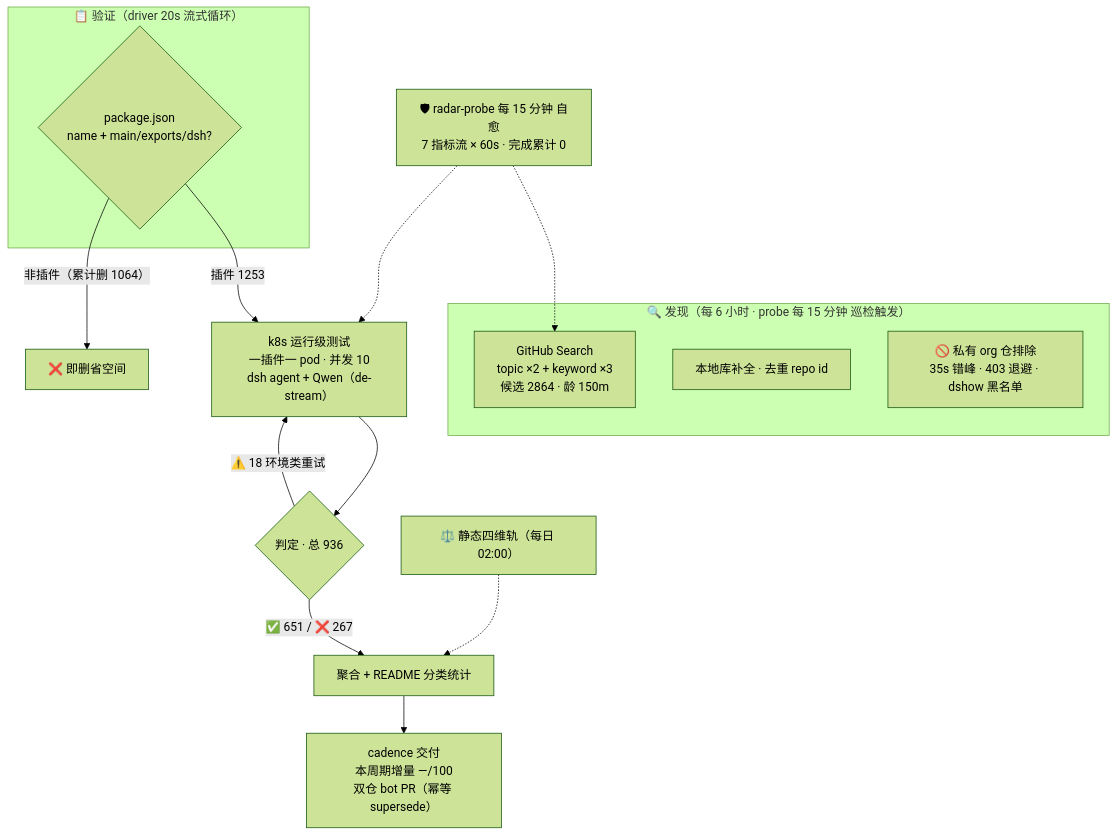
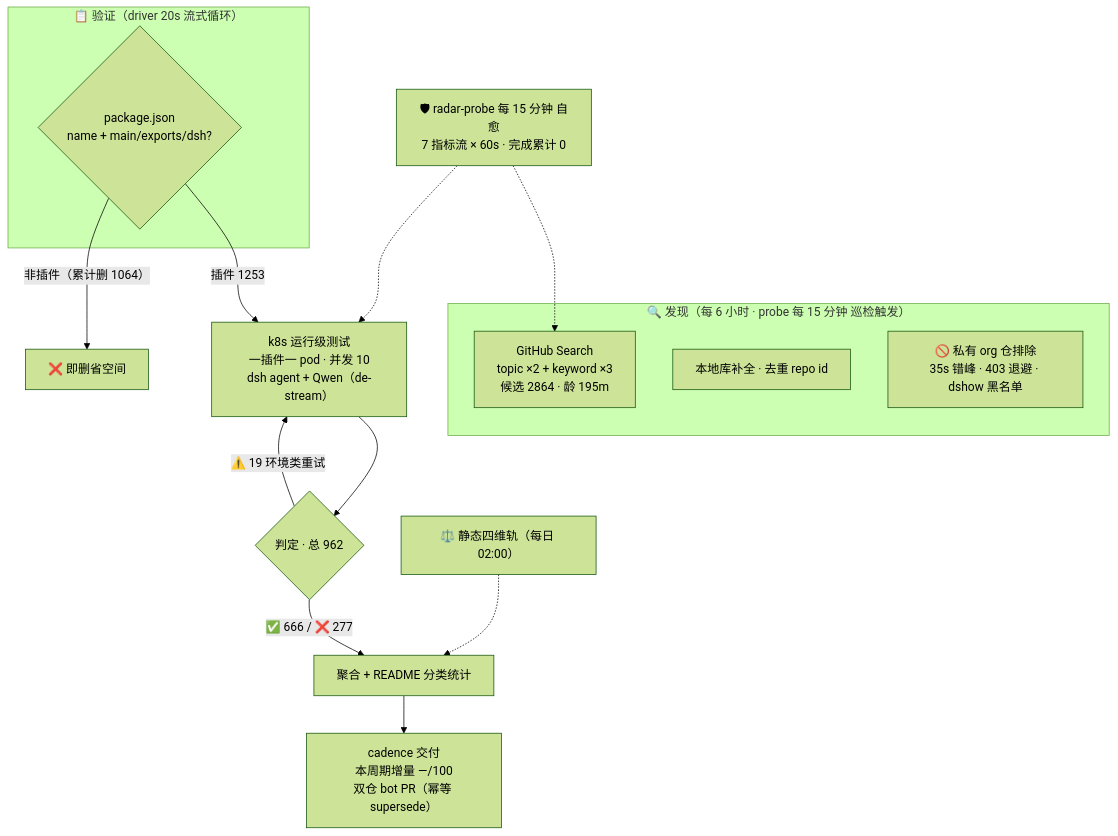
One commit to Zhidao-Lab-OSS/awesome-dsh-plugins changed the diagram in README.md. Above: the diagram before and after it, drawn with Mermaid (forest theme). The commit also changed other lines of this file and 1 other file, not shown here.

````diff
--- a/README.md
+++ b/README.md
@@ -32,20 +32,20 @@
 ```mermaid
 flowchart TB
     subgraph Discovery["🔍 发现（每 6 小时 · probe 每 15 分钟 巡检触发）"]
-        A1["GitHub Search<br/>topic ×2 + keyword ×3<br/>候选 2864 · 龄 150m"]
+        A1["GitHub Search<br/>topic ×2 + keyword ×3<br/>候选 2864 · 龄 195m"]
         A2["本地库补全 · 去重 repo id"]
         A3["🚫 私有 org 仓排除<br/>35s 错峰 · 403 退避 · dshow 黑名单"]
     end
     subgraph Validation["📋 验证（driver 20s 流式循环）"]
         B1{"package.json<br/>name + main/exports/dsh?"}
     end
     B1 -->|"插件 1253"| C1["k8s 运行级测试<br/>一插件一 pod · 并发 10<br/>dsh agent + Qwen（de-stream）"]
     B1 -->|"非插件（累计删 1064）"| B3["❌ 即删省空间"]
-    C1 --> D1{"判定 · 总 936"}
-    D1 -->|"✅ 651 / ❌ 267"| E1["聚合 + README 分类统计"]
-    D1 -->|"⚠️ 18 环境类重试"| C1
+    C1 --> D1{"判定 · 总 962"}
+    D1 -->|"✅ 666 / ❌ 277"| E1["聚合 + README 分类统计"]
+    D1 -->|"⚠️ 19 环境类重试"| C1
     E1 --> E2["cadence 交付<br/>本周期增量 —/100<br/>双仓 bot PR（幂等 supersede）"]
     S["⚖️ 静态四维轨（每日 02:00）"] -.-> E1
     M["🛡 radar-probe 每 15 分钟 自愈<br/>7 指标流 × 60s · 完成累计 0"] -.-> A1
     M -.-> C1
 ```
````
